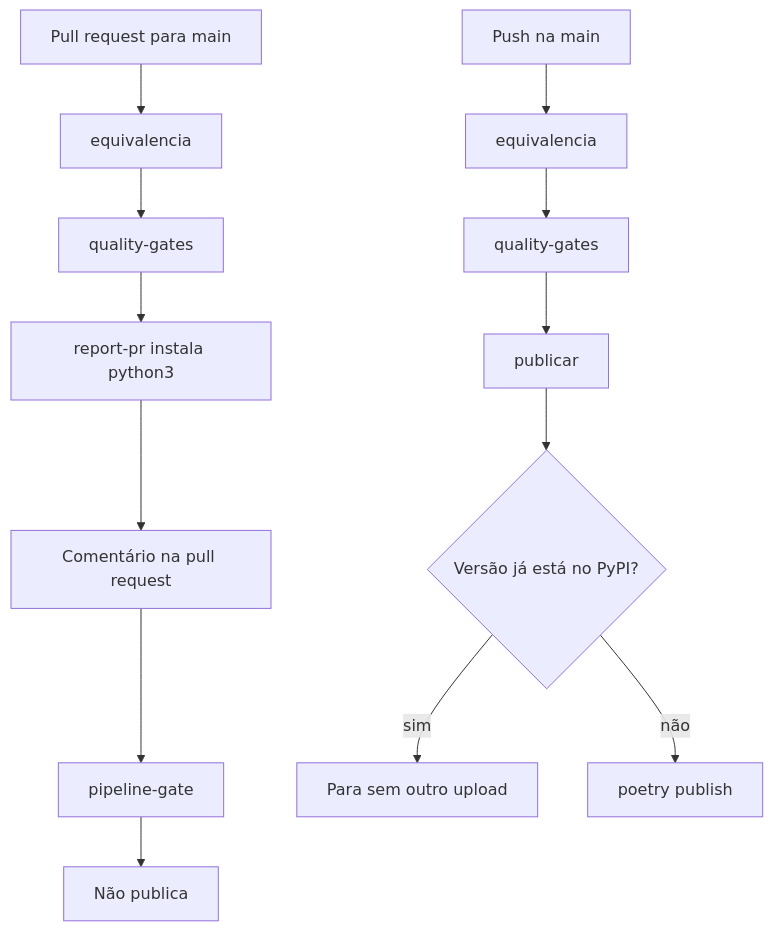
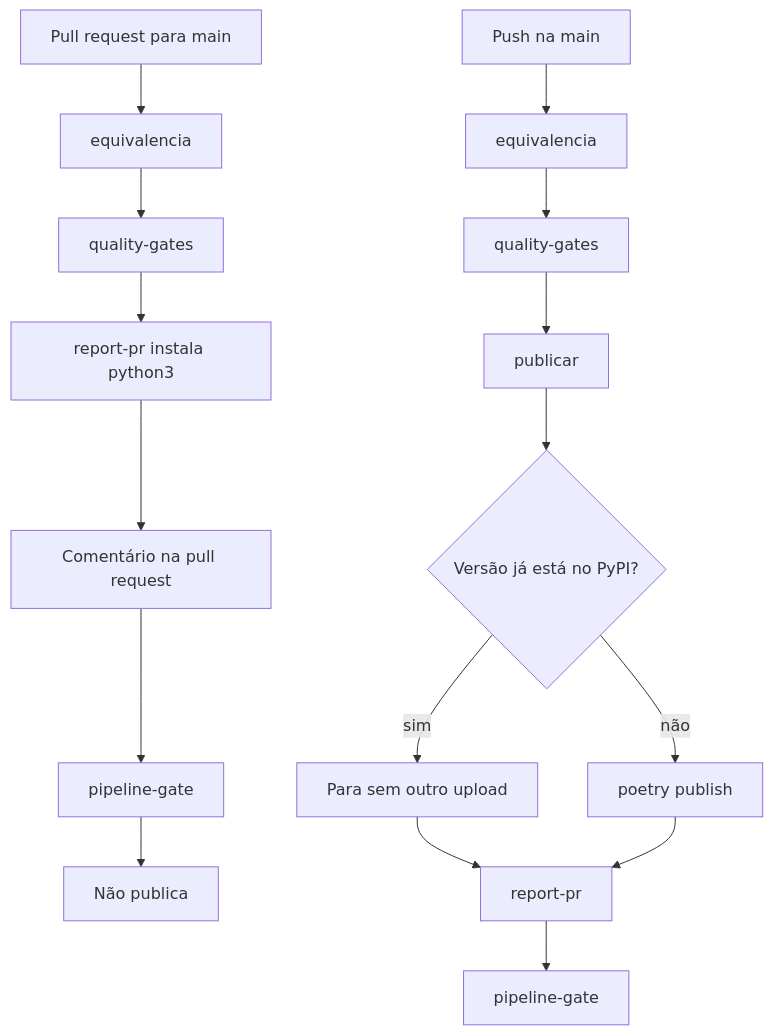
Before and after one commit to garusocruz/calculadora-rtc-simples-nacional: the first of 3 diagrams in docs/publicacao-flow.md, drawn with Mermaid. The commit also changed other lines of this file and 5 other files, not shown here.

````diff
--- a/docs/publicacao-flow.md
+++ b/docs/publicacao-flow.md
@@ -7,15 +7,18 @@
 ```mermaid
 flowchart TD
   pr[Pull request para main] --> equiv[equivalencia]
   equiv --> qg[quality-gates]
   qg --> py[report-pr instala python3]
   py --> comentario[Comentário na pull request]
   comentario --> gate[pipeline-gate]
   gate --> fimPr[Não publica]
   main[Push na main] --> equivMain[equivalencia]
   equivMain --> qgMain[quality-gates]
   qgMain --> publicar[publicar]
   publicar --> jaTem{Versão já está no PyPI?}
   jaTem -->|sim| para[Para sem outro upload]
   jaTem -->|não| pypi[poetry publish]
+  para --> comentarioMain[report-pr]
+  pypi --> comentarioMain
+  comentarioMain --> gateMain[pipeline-gate]
 ```
````
